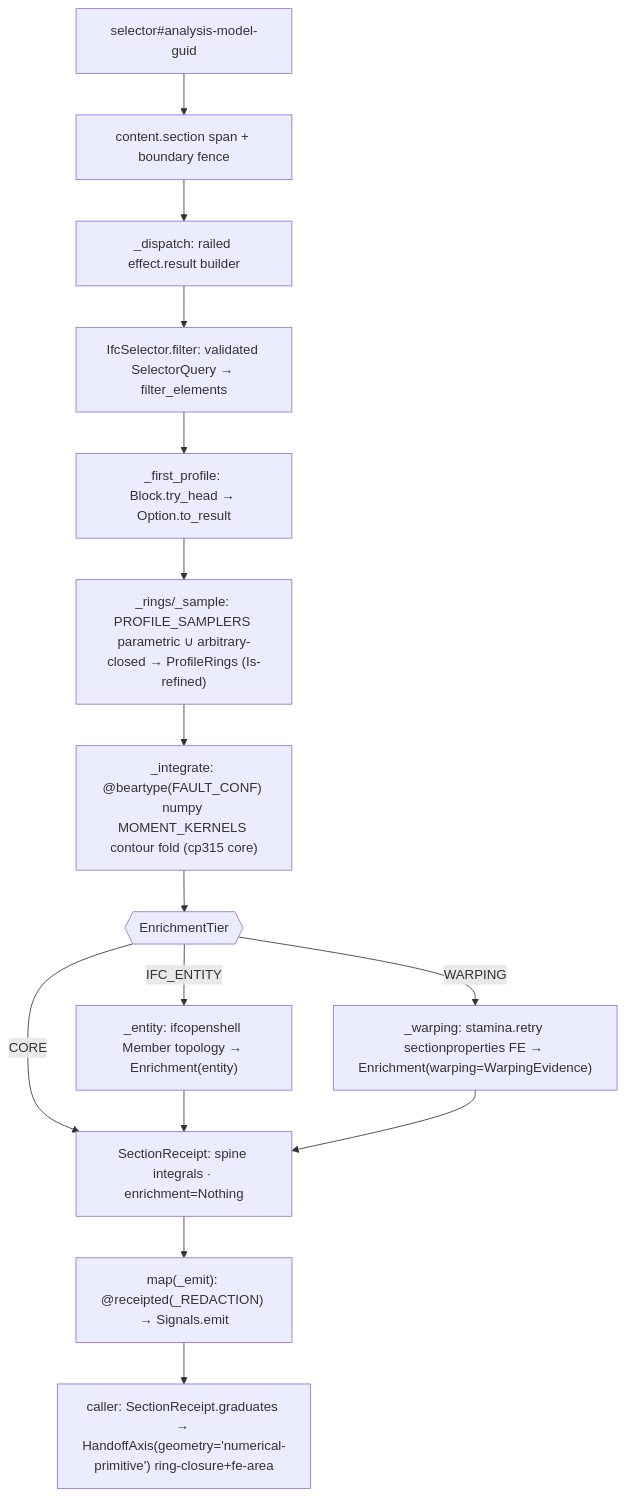
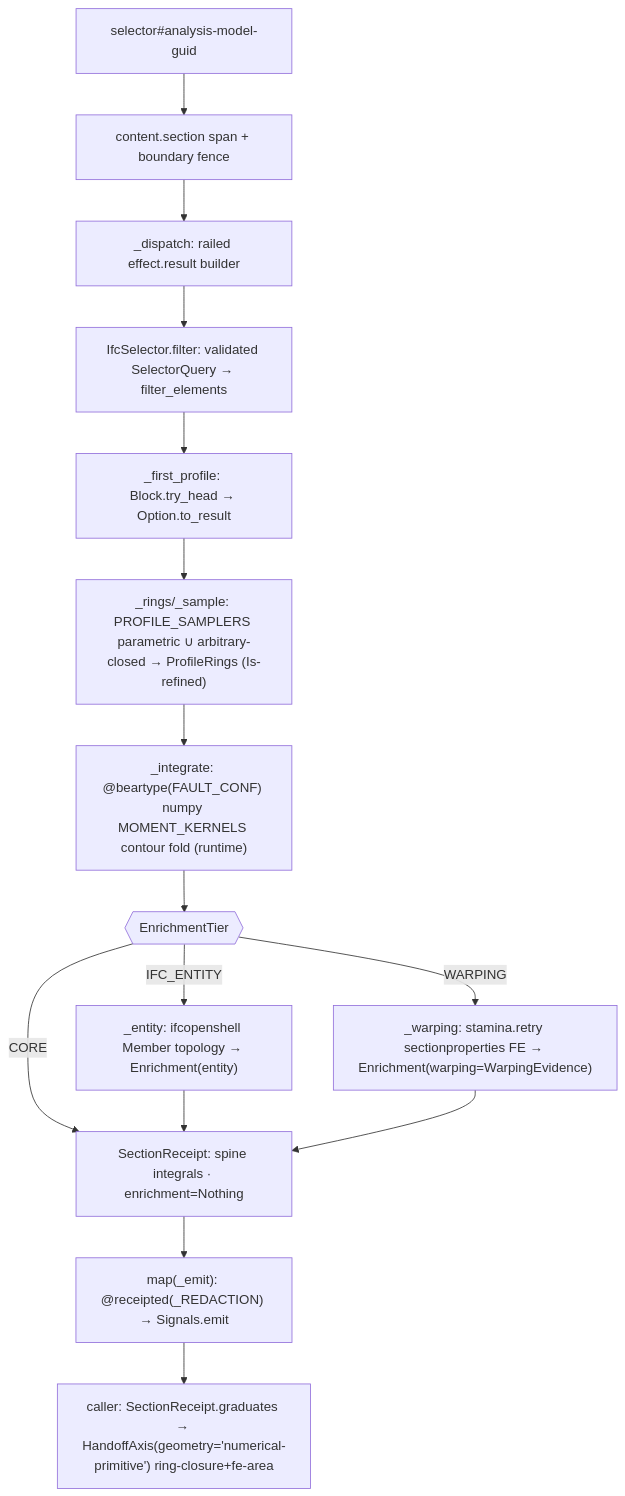
Before and after one commit to bsamiee/Rasm: the diagram in libs/python/geometry/.planning/ifc/structural.md, drawn with Mermaid. The commit also changed other lines of this file and 506 other files, not shown here.

````diff
--- a/libs/python/geometry/.planning/ifc/structural.md
+++ b/libs/python/geometry/.planning/ifc/structural.md
@@ -503,17 +500,17 @@
 ```mermaid
 flowchart TD
     spec["selector#analysis-model-guid"] --> span["content.section span + boundary fence"]
     span --> fold["_dispatch: railed effect.result builder"]
     fold --> gate["IfcSelector.filter: validated SelectorQuery → filter_elements"]
     gate --> first["_first_profile: Block.try_head → Option.to_result"]
     first --> rings["_rings/_sample: PROFILE_SAMPLERS parametric ∪ arbitrary-closed → ProfileRings (Is-refined)"]
-    rings --> integrate["_integrate: @beartype(FAULT_CONF) numpy MOMENT_KERNELS contour fold (cp315 core)"]
+    rings --> integrate["_integrate: @beartype(FAULT_CONF) numpy MOMENT_KERNELS contour fold (runtime)"]
     integrate --> core{{"EnrichmentTier"}}
     core -->|CORE| receipt["SectionReceipt: spine integrals · enrichment=Nothing"]
     core -->|IFC_ENTITY| ifc["_entity: ifcopenshell Member topology → Enrichment(entity)"]
     core -->|WARPING| fe["_warping: stamina.retry sectionproperties FE → Enrichment(warping=WarpingEvidence)"]
     ifc --> receipt
     fe --> receipt
     receipt --> emit["map(_emit): @receipted(_REDACTION) → Signals.emit"]
     emit --> grad["caller: SectionReceipt.graduates → HandoffAxis(geometry='numerical-primitive') ring-closure+fe-area"]
 ```
````
